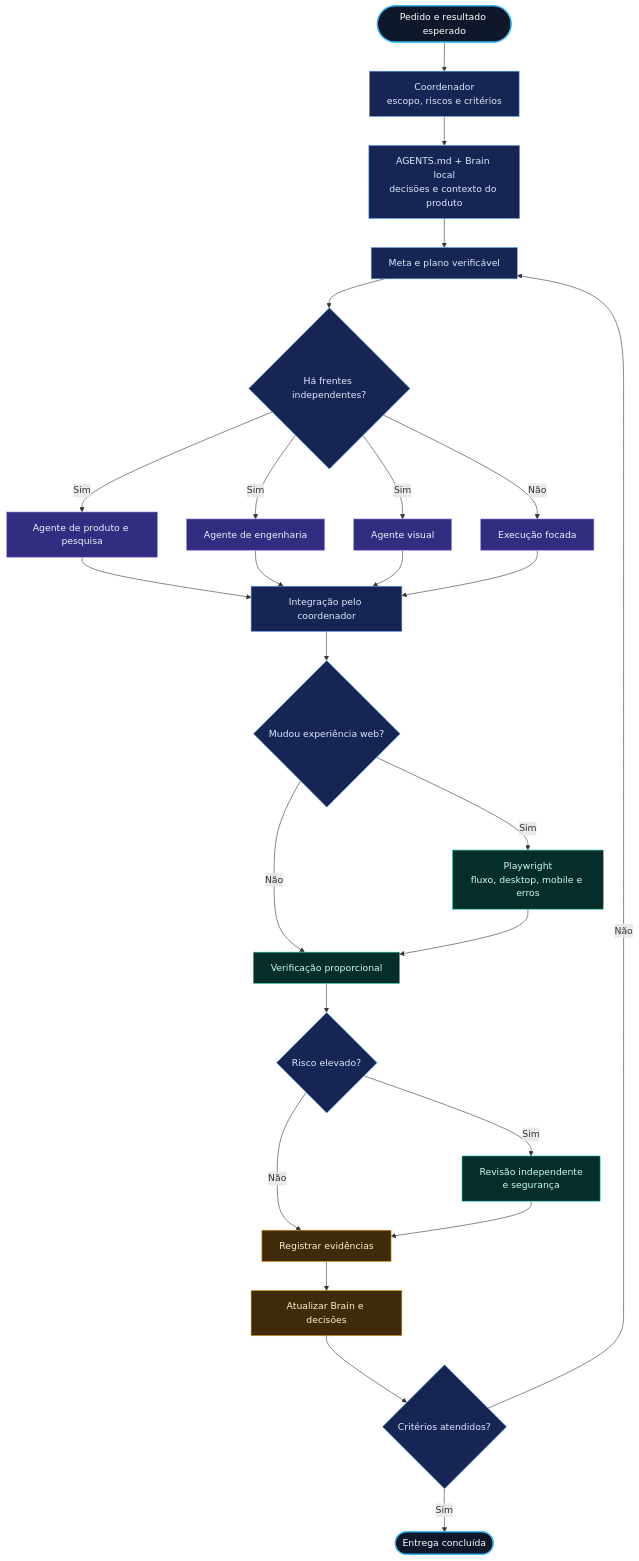
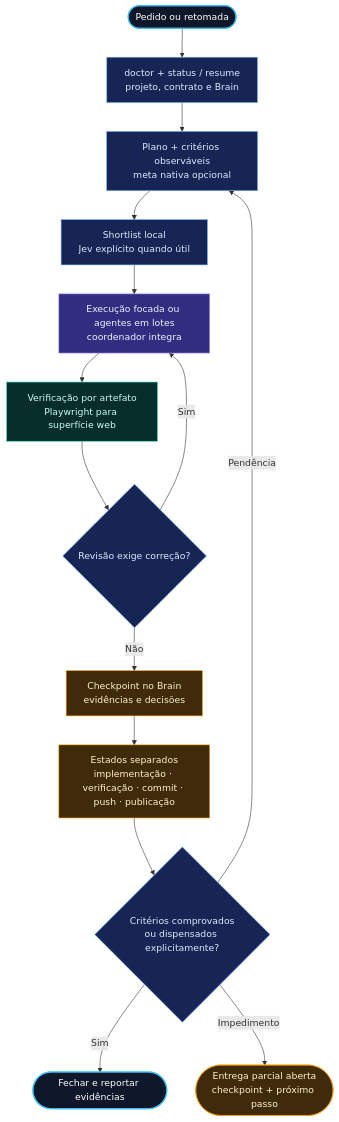
The diagram in README.md (HericlisBezerra/hebe-orchestrate-Codex), drawn with Mermaid before and after one commit. The commit also changed other lines of this file and 27 other files, not shown here.

````diff
--- a/README.md
+++ b/README.md
@@ -30,38 +30,27 @@
 ```mermaid
 flowchart TB
-    U([Pedido e resultado esperado]) --> C[Coordenador<br/>escopo, riscos e critérios]
-    C --> X[AGENTS.md + Brain local<br/>decisões e contexto do produto]
-    X --> G[Meta e plano verificável]
-    G --> D{Há frentes independentes?}
-    D -->|Não| E[Execução focada]
-    D -->|Sim| A1[Agente de produto e pesquisa]
-    D -->|Sim| A2[Agente de engenharia]
-    D -->|Sim| A3[Agente visual]
-    A1 --> I[Integração pelo coordenador]
-    A2 --> I
-    A3 --> I
-    E --> I
-    I --> W{Mudou experiência web?}
-    W -->|Sim| P[Playwright<br/>fluxo, desktop, mobile e erros]
-    W -->|Não| V[Verificação proporcional]
-    P --> V
-    V --> S{Risco elevado?}
-    S -->|Sim| R[Revisão independente<br/>e segurança]
-    S -->|Não| K[Registrar evidências]
-    R --> K
-    K --> B[Atualizar Brain e decisões]
-    B --> F{Critérios atendidos?}
-    F -->|Não| G
-    F -->|Sim| Z([Entrega concluída])
+    U([Pedido ou retomada]) --> D[doctor + status / resume<br/>projeto, contrato e Brain]
+    D --> G[Plano + critérios observáveis<br/>meta nativa opcional]
+    G --> J[Shortlist local<br/>Jev explícito quando útil]
+    J --> A[Execução focada ou agentes em lotes<br/>coordenador integra]
+    A --> V[Verificação por artefato<br/>Playwright para superfície web]
+    V --> R{Revisão exige correção?}
+    R -->|Sim| A
+    R -->|Não| B[Checkpoint no Brain<br/>evidências e decisões]
+    B --> S[Estados separados<br/>implementação · verificação · commit · push · publicação]
+    S --> F{Critérios comprovados<br/>ou dispensados explicitamente?}
+    F -->|Sim| Z([Fechar e reportar evidências])
+    F -->|Pendência| G
+    F -->|Impedimento| H([Entrega parcial aberta<br/>checkpoint + próximo passo])
 
     classDef input fill:#0f172a,color:#fff,stroke:#38bdf8,stroke-width:2px;
     classDef control fill:#172554,color:#dbeafe,stroke:#60a5fa;
     classDef agent fill:#312e81,color:#eef2ff,stroke:#a78bfa;
     classDef verify fill:#052e2b,color:#ccfbf1,stroke:#2dd4bf;
     classDef memory fill:#3f2a09,color:#fef3c7,stroke:#f59e0b;
     class U,Z input;
-    class C,X,G,D,I,W,S,F control;
-    class A1,A2,A3,E agent;
-    class P,V,R verify;
-    class K,B memory;
+    class D,G,J,R,F control;
+    class A agent;
+    class V verify;
+    class B,S,H memory;
 ```
````
